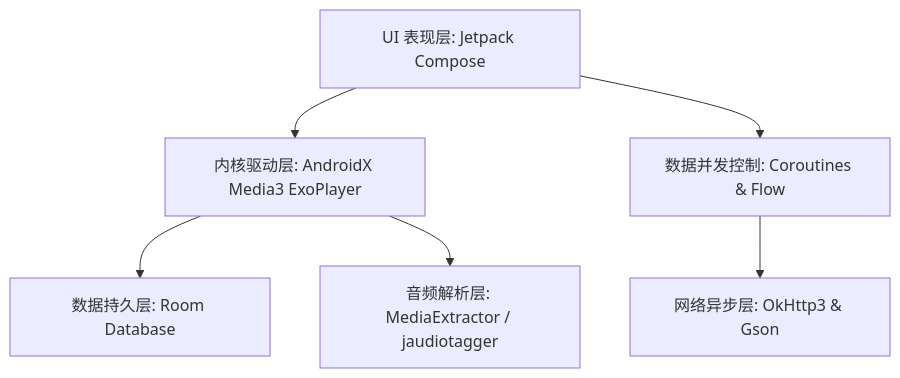
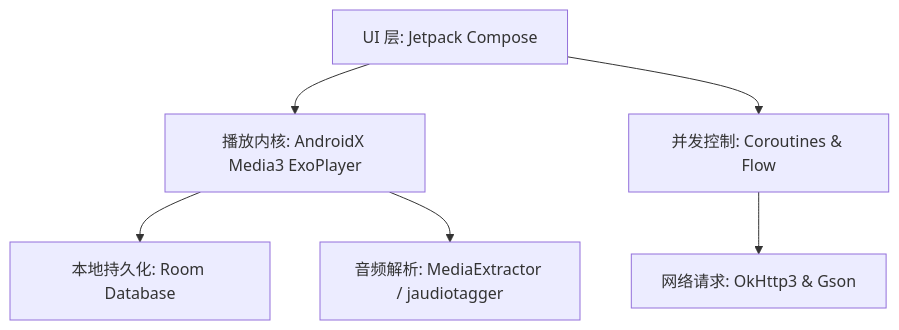
The diagram in README.md (Rueded/AURALIS), drawn with Mermaid before and after one commit. The commit also changed other lines of this file and 28 other files, not shown here.

````diff
--- a/README.md
+++ b/README.md
@@ -66,9 +66,8 @@
 ```mermaid
 graph TD
-    A[UI 表现层: Jetpack Compose] --> B[内核驱动层: AndroidX Media3 ExoPlayer]
-    B --> C[数据持久层: Room Database]
-    A --> D[数据并发控制: Coroutines & Flow]
-    B --> E[音频解析层: MediaExtractor / jaudiotagger]
-    D --> F[网络异步层: OkHttp3 & Gson]
-
+    A[UI 层: Jetpack Compose] --> B[播放内核: AndroidX Media3 ExoPlayer]
+    B --> C[本地持久化: Room Database]
+    A --> D[并发控制: Coroutines & Flow]
+    B --> E[音频解析: MediaExtractor / jaudiotagger]
+    D --> F[网络请求: OkHttp3 & Gson]
 ```
````
